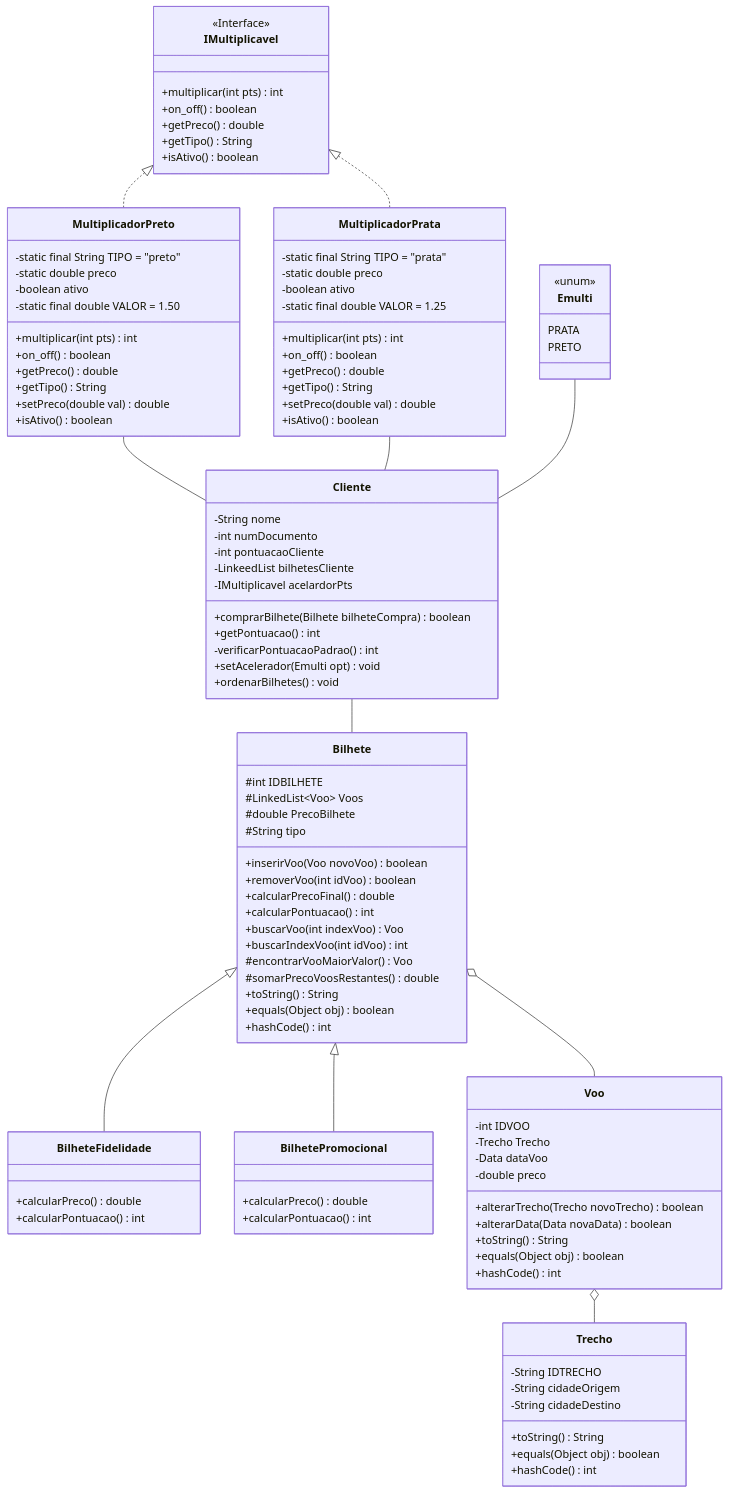
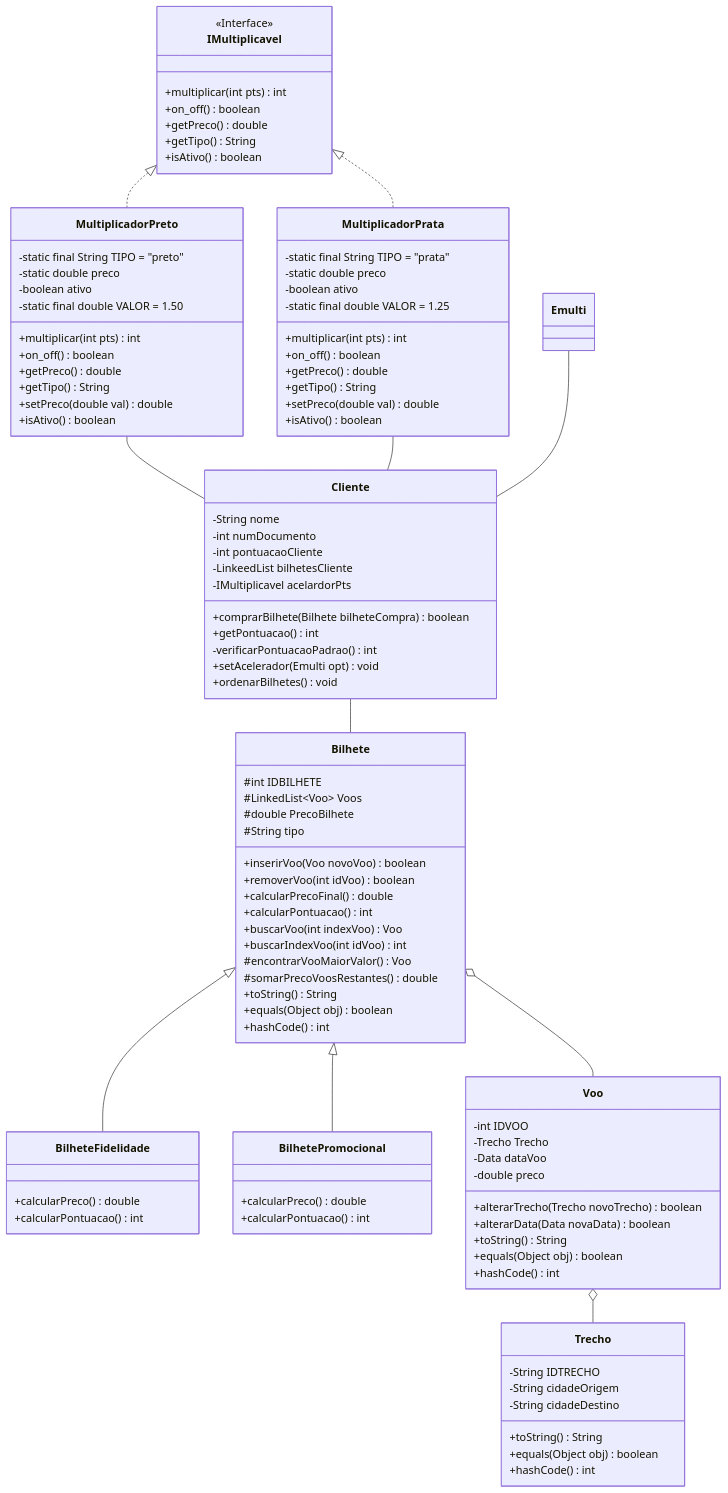
Before and after one commit to DisciplinasProgramacao/tp_em_grupo-grupododiogo: the diagram in README.md, drawn with Mermaid.

```diff
--- a/README.md
+++ b/README.md
@@ -101,12 +101,6 @@
  +getTipo() String
  +setPreco(double val) double
  +isAtivo() boolean
-}
-
-class Emulti {
- <<unum>>
- PRATA
- PRETO
 }
 
 class IMultiplicavel {
```
